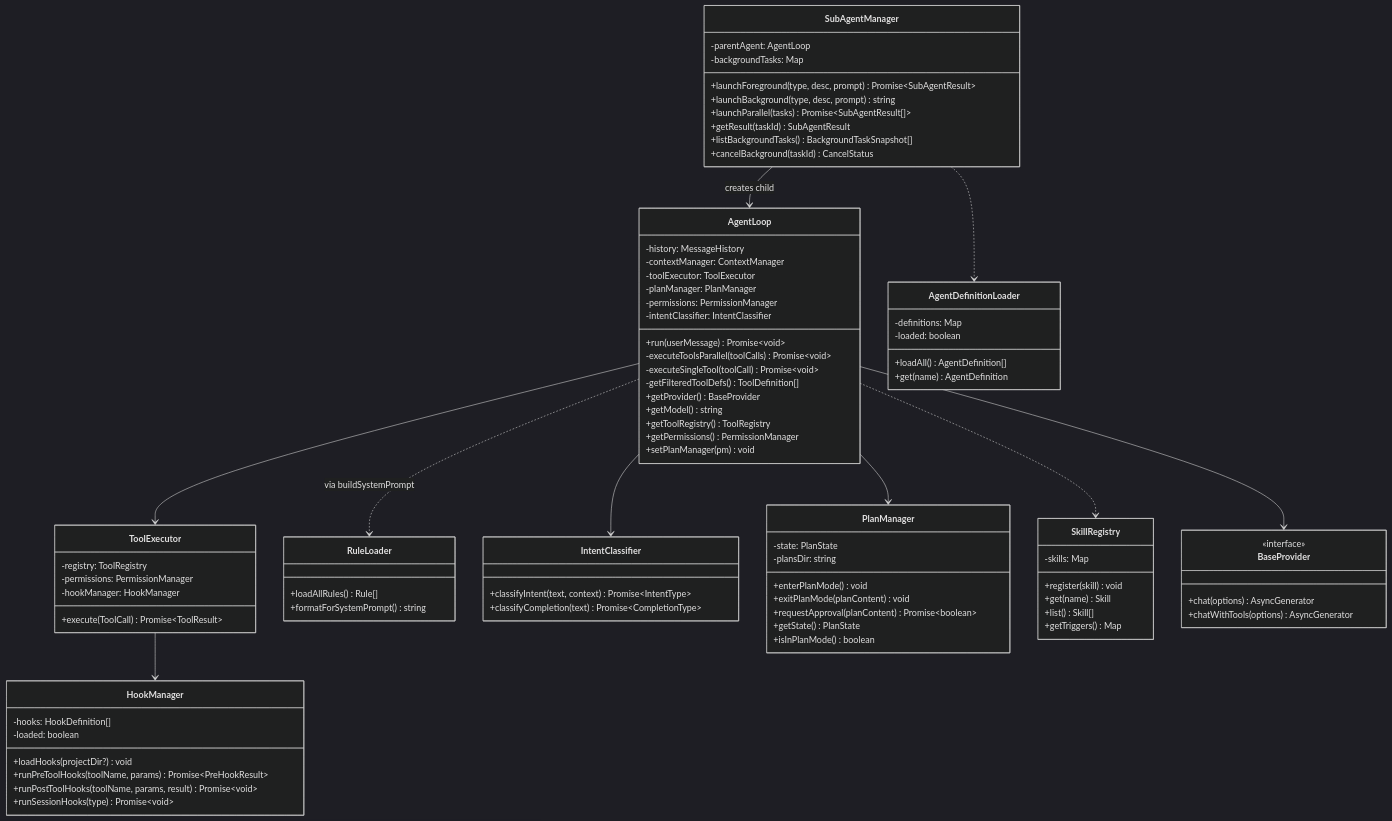
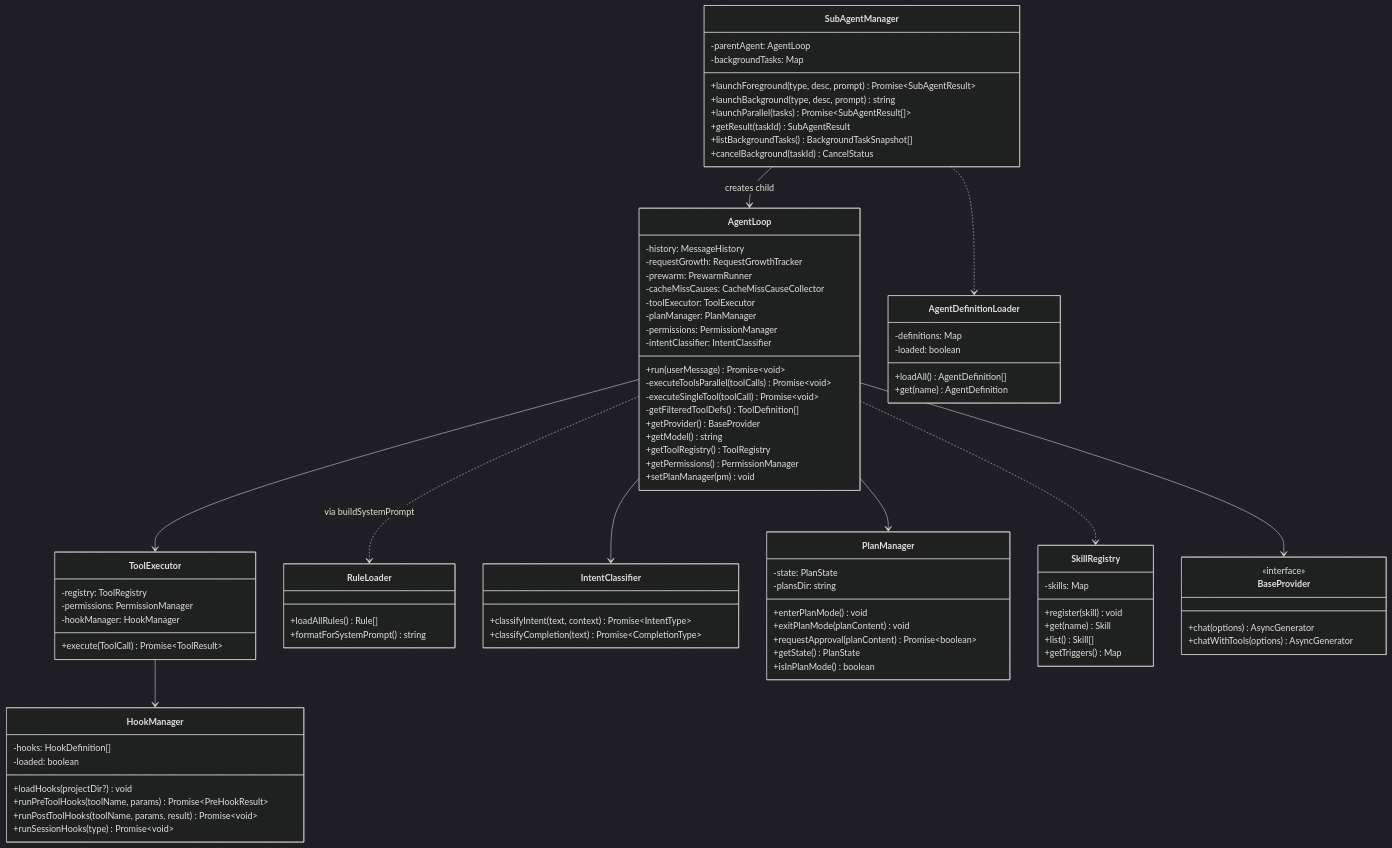
Before and after one commit to t2k2pp/lllmAgents: the sixth of 14 diagrams in docs/internal_design.md, drawn with Mermaid (dark theme). The commit also changed other lines of this file and 12 other files, not shown here.

```diff
--- a/docs/internal_design.md
+++ b/docs/internal_design.md
@@ -292,7 +328,9 @@
 classDiagram
     class AgentLoop {
         -history: MessageHistory
-        -contextManager: ContextManager
+        -requestGrowth: RequestGrowthTracker
+        -prewarm: PrewarmRunner
+        -cacheMissCauses: CacheMissCauseCollector
         -toolExecutor: ToolExecutor
         -planManager: PlanManager
         -permissions: PermissionManager
```
